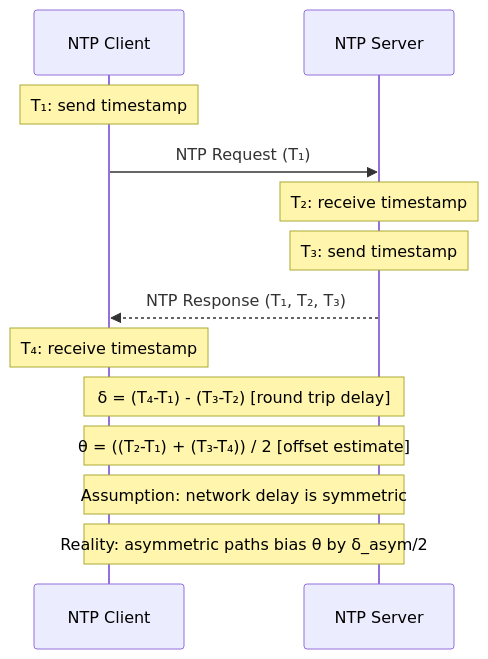
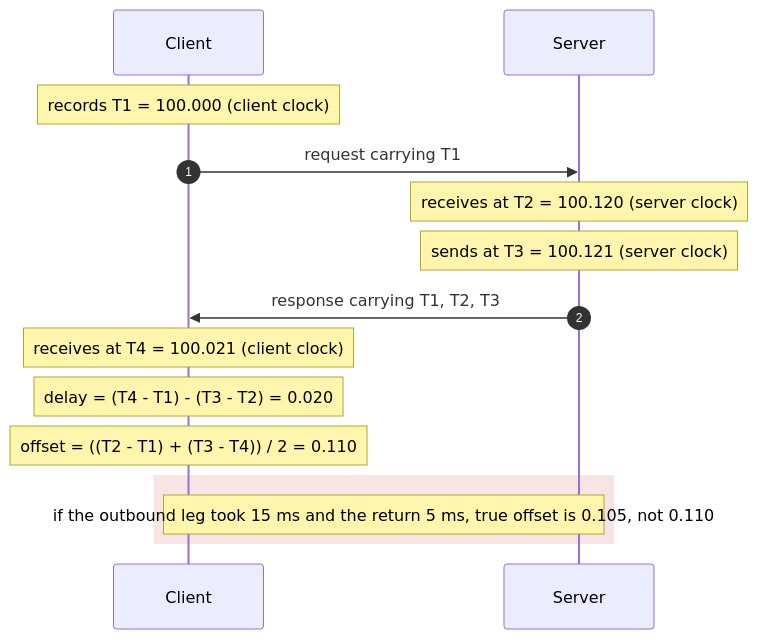
One commit to gorkemsari/distributed-systems changed the third of 6 diagrams in src/content/docs/en/foundations/time-and-ordering/physical-clocks.mdx. Above: the diagram before and after it, drawn with Mermaid. The commit also changed other lines of this file and 3 other files, not shown here.

````diff
--- a/src/content/docs/en/foundations/time-and-ordering/physical-clocks.mdx
+++ b/src/content/docs/en/foundations/time-and-ordering/physical-clocks.mdx
@@ -76,17 +76,17 @@
 ```mermaid
 sequenceDiagram
-    participant C as NTP Client
-    participant S as NTP Server
- 
-    Note over C: T₁: send timestamp
-    C->>S: NTP Request (T₁)
-    Note over S: T₂: receive timestamp
-    Note over S: T₃: send timestamp
-    S-->>C: NTP Response (T₁, T₂, T₃)
-    Note over C: T₄: receive timestamp
- 
-    Note over C,S: δ = (T₄-T₁) - (T₃-T₂)  [round trip delay]
-    Note over C,S: θ = ((T₂-T₁) + (T₃-T₄)) / 2  [offset estimate]
-    Note over C,S: Assumption: network delay is symmetric
-    Note over C,S: Reality: asymmetric paths bias θ by δ_asym/2
+    autonumber
+    participant C as Client
+    participant S as Server
+    Note over C: records T1 = 100.000 (client clock)
+    C->>S: request carrying T1
+    Note over S: receives at T2 = 100.120 (server clock)
+    Note over S: sends at T3 = 100.121 (server clock)
+    S->>C: response carrying T1, T2, T3
+    Note over C: receives at T4 = 100.021 (client clock)
+    Note over C: delay = (T4 - T1) - (T3 - T2) = 0.020
+    Note over C: offset = ((T2 - T1) + (T3 - T4)) / 2 = 0.110
+    rect rgba(200, 80, 80, 0.15)
+    Note over C,S: if the outbound leg took 15 ms and the return 5 ms, true offset is 0.105, not 0.110
+    end
 ```
````
